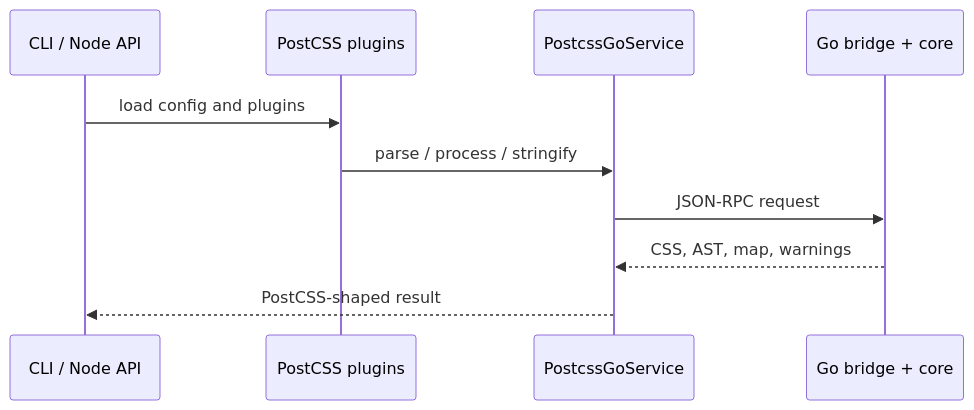
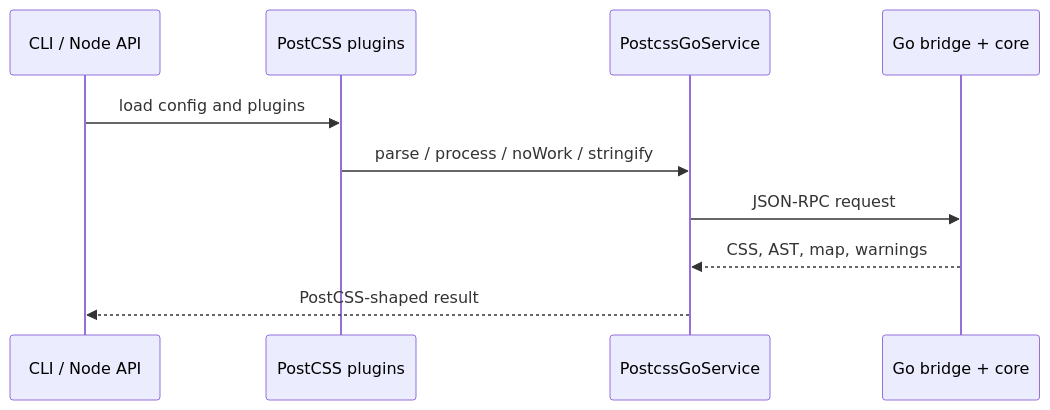
The second of 2 diagrams in docs/architecture.md (postcss-go/postcss-go), drawn with Mermaid before and after one commit. The commit also changed other lines of this file and 60 other files, not shown here.

````diff
--- a/docs/architecture.md
+++ b/docs/architecture.md
@@ -139,13 +60,13 @@
 ```mermaid
 sequenceDiagram
     participant User as CLI / Node API
     participant Plugins as PostCSS plugins
     participant Service as PostcssGoService
     participant Go as Go bridge + core
 
     User->>Plugins: load config and plugins
-    Plugins->>Service: parse / process / stringify
+    Plugins->>Service: parse / process / noWork / stringify
     Service->>Go: JSON-RPC request
     Go-->>Service: CSS, AST, map, warnings
     Service-->>User: PostCSS-shaped result
 ```
````
